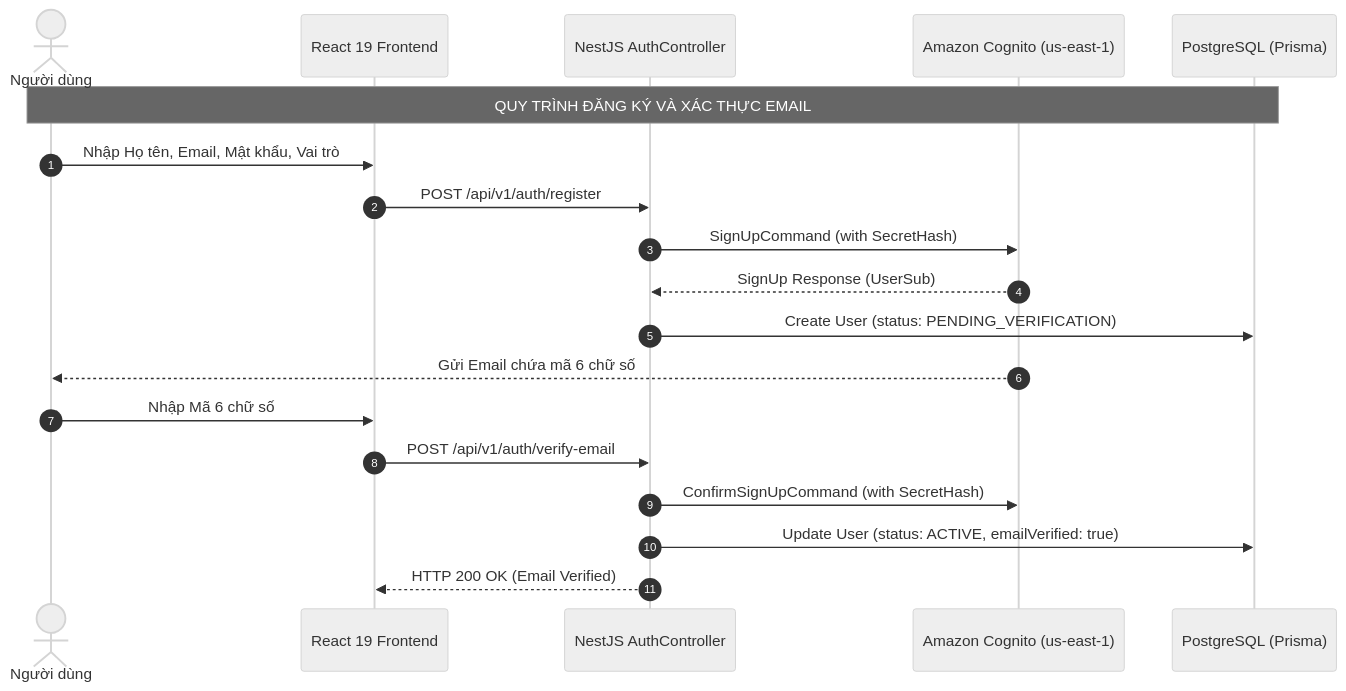
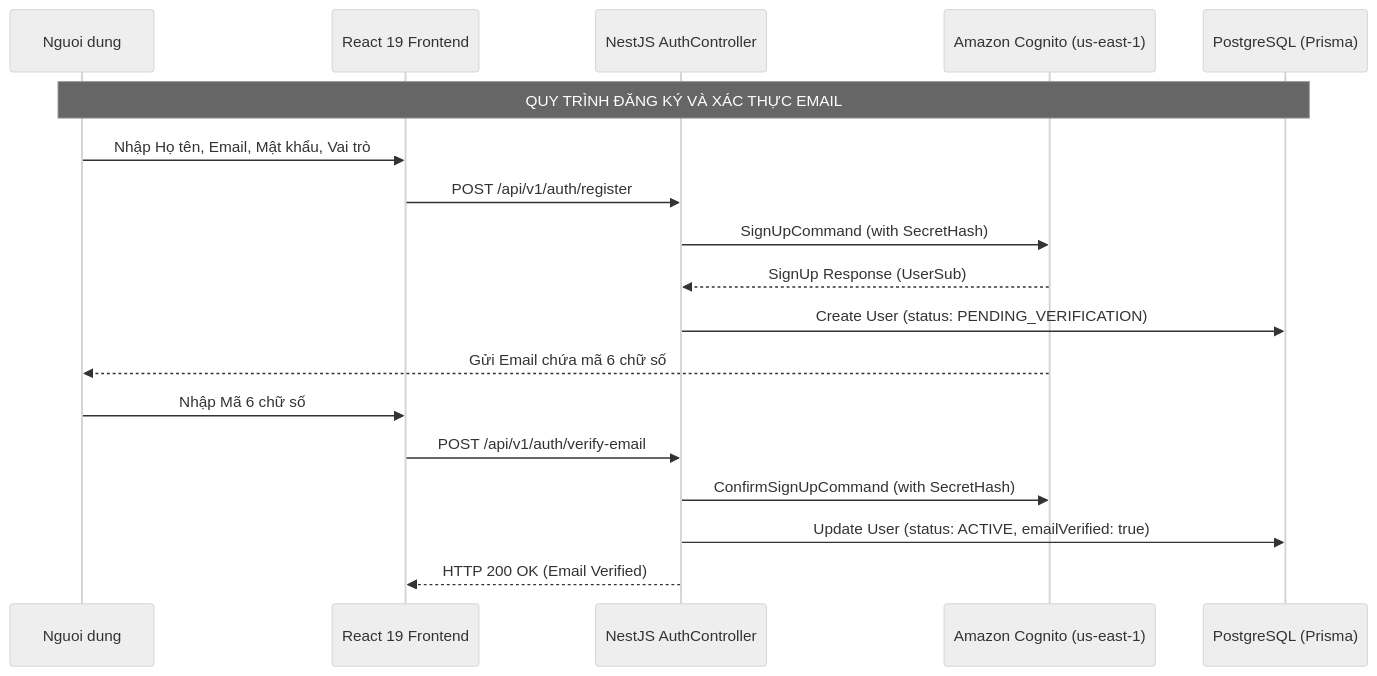
Before and after one commit to KelvinPhans/fcj-workshop: the diagram in content/3-BlogsPosted/3.1-Blog1/_index.vi.md, drawn with Mermaid (neutral theme). The commit also changed other lines of this file and 30 other files, not shown here.

Commit message:
docs: update PostgreSQL, technical blogs, diagrams and events

````diff
--- a/content/3-BlogsPosted/3.1-Blog1/_index.vi.md
+++ b/content/3-BlogsPosted/3.1-Blog1/_index.vi.md
@@ -44,22 +39,21 @@
-```mermaid
+{{< mermaid >}}
 sequenceDiagram
-    autonumber
-    actor User as Người dùng
+    participant User as Nguoi dung
     participant FE as React 19 Frontend
     participant BE as NestJS AuthController
     participant Cog as Amazon Cognito (us-east-1)
     participant DB as PostgreSQL (Prisma)
 
     Note over User, DB: QUY TRÌNH ĐĂNG KÝ VÀ XÁC THỰC EMAIL
     User->>FE: Nhập Họ tên, Email, Mật khẩu, Vai trò
     FE->>BE: POST /api/v1/auth/register
     BE->>Cog: SignUpCommand (with SecretHash)
     Cog-->>BE: SignUp Response (UserSub)
     BE->>DB: Create User (status: PENDING_VERIFICATION)
     Cog-->>User: Gửi Email chứa mã 6 chữ số
     User->>FE: Nhập Mã 6 chữ số
     FE->>BE: POST /api/v1/auth/verify-email
     BE->>Cog: ConfirmSignUpCommand (with SecretHash)
     BE->>DB: Update User (status: ACTIVE, emailVerified: true)
     BE-->>FE: HTTP 200 OK (Email Verified)
-```
+{{< /mermaid >}}
````
